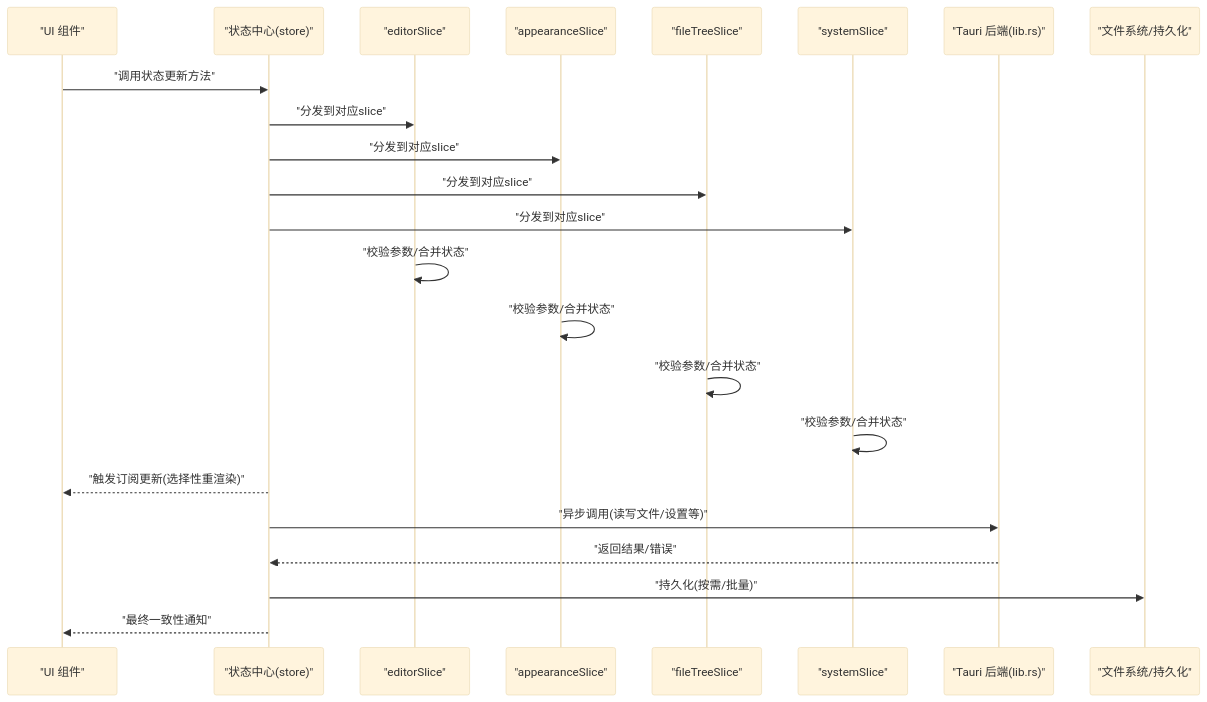
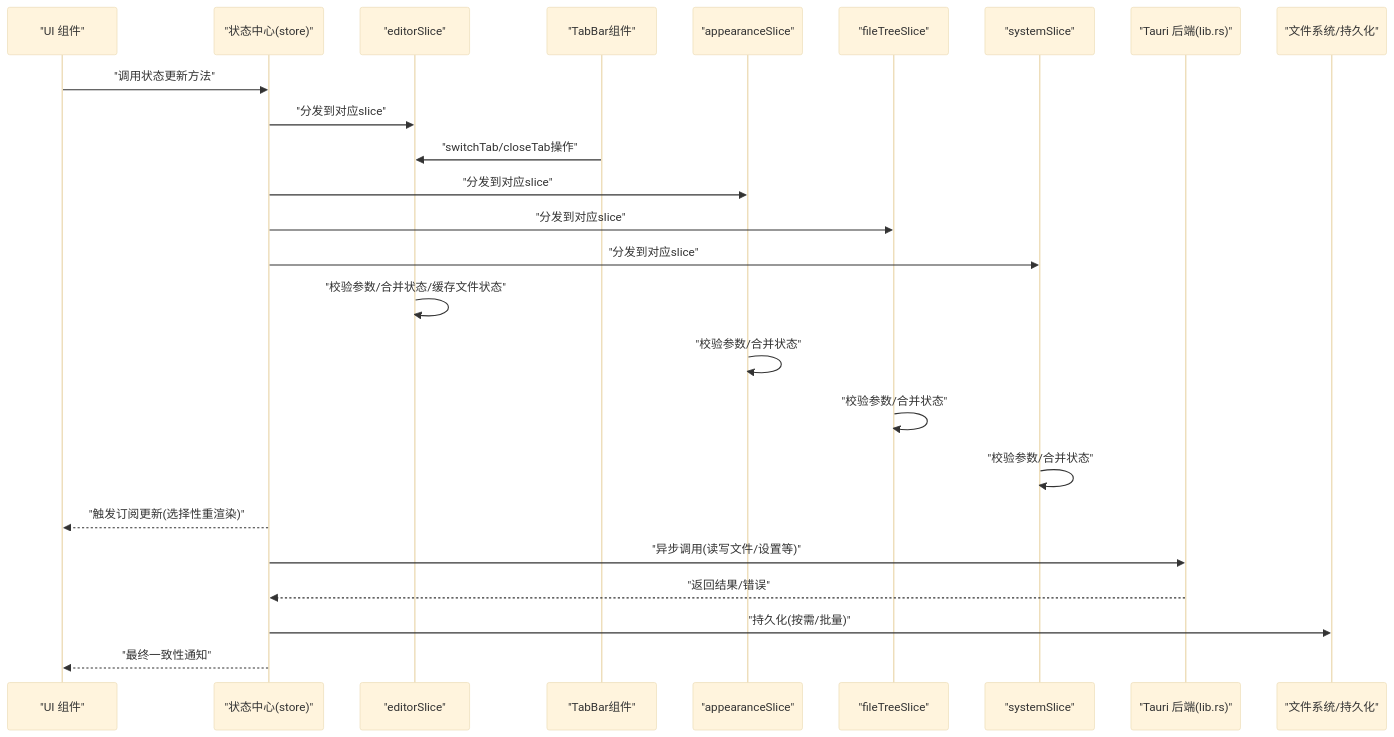
Before and after one commit to gongshiyun/ZenNote: the second of 3 diagrams in .qoder/repowiki/zh/content/状态管理.md, drawn with Mermaid (base theme). The commit also changed other lines of this file and 88 other files, not shown here.

````diff
--- a/.qoder/repowiki/zh/content/状态管理.md
+++ b/.qoder/repowiki/zh/content/状态管理.md
@@ -145,25 +150,27 @@
 ```mermaid
 sequenceDiagram
 participant UI as "UI 组件"
 participant Store as "状态中心(store)"
 participant EditorSlice as "editorSlice"
+participant TabBar as "TabBar组件"
 participant AppearanceSlice as "appearanceSlice"
 participant FileTreeSlice as "fileTreeSlice"
 participant SystemSlice as "systemSlice"
 participant Tauri as "Tauri 后端(lib.rs)"
 participant FS as "文件系统/持久化"
 UI->>Store : "调用状态更新方法"
 Store->>EditorSlice : "分发到对应slice"
+TabBar->>EditorSlice : "switchTab/closeTab操作"
 Store->>AppearanceSlice : "分发到对应slice"
 Store->>FileTreeSlice : "分发到对应slice"
 Store->>SystemSlice : "分发到对应slice"
-EditorSlice->>EditorSlice : "校验参数/合并状态"
+EditorSlice->>EditorSlice : "校验参数/合并状态/缓存文件状态"
 AppearanceSlice->>AppearanceSlice : "校验参数/合并状态"
 FileTreeSlice->>FileTreeSlice : "校验参数/合并状态"
 SystemSlice->>SystemSlice : "校验参数/合并状态"
 Store-->>UI : "触发订阅更新(选择性重渲染)"
 Store->>Tauri : "异步调用(读写文件/设置等)"
 Tauri-->>Store : "返回结果/错误"
 Store->>FS : "持久化(按需/批量)"
 Store-->>UI : "最终一致性通知"
 ```
````
